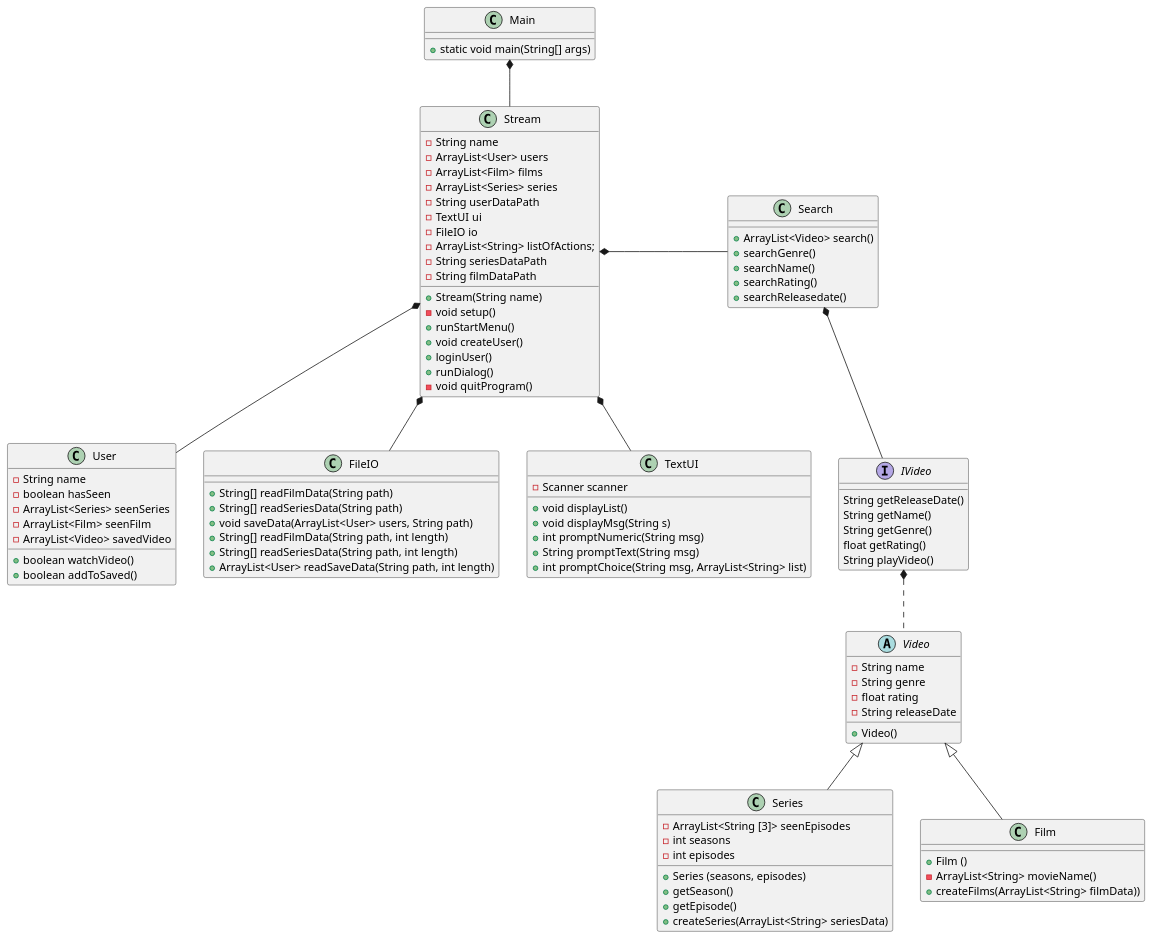
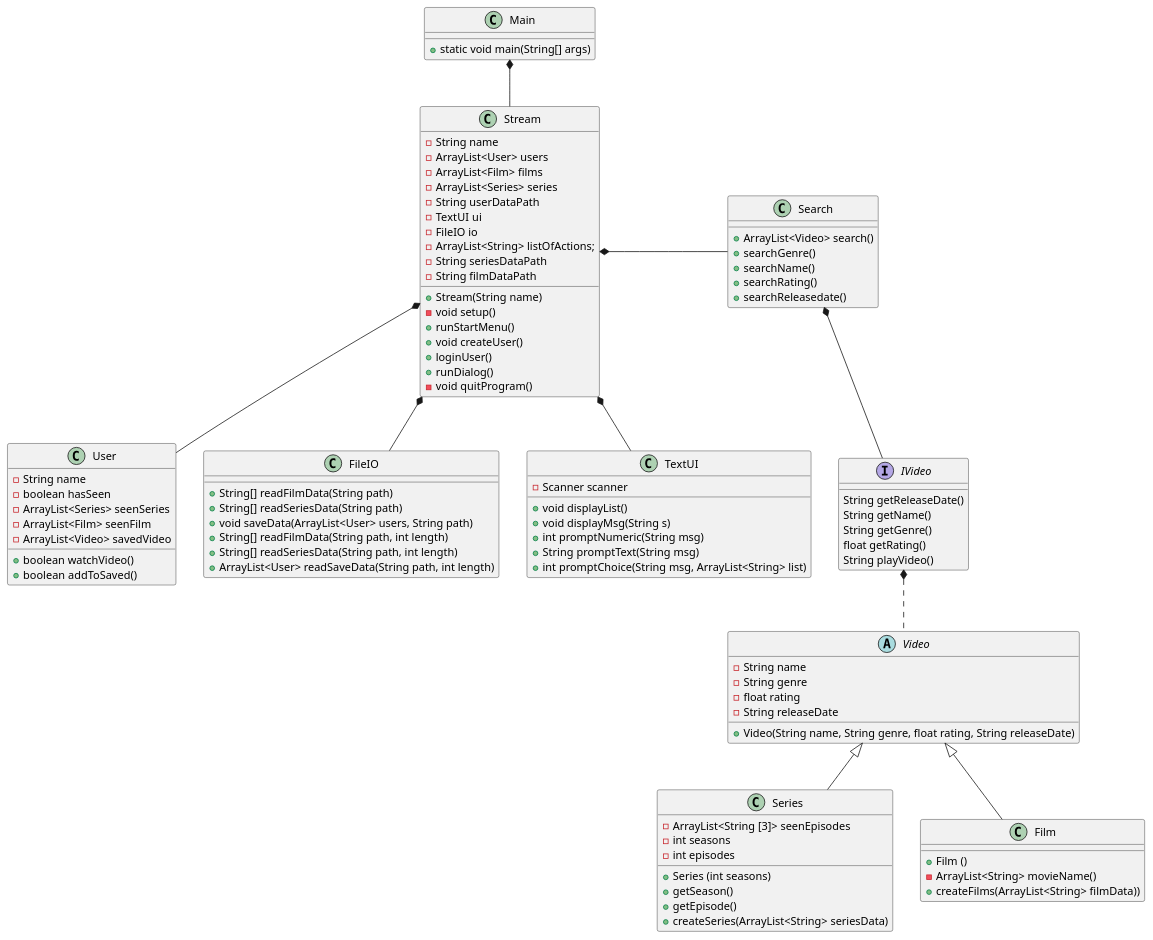
The diagram in doc/Plan/static/classdiagram.puml (Gervig/SP3-Gruppe-C), drawn with PlantUML before and after one commit. The commit also changed 5 other files, not shown here.

```diff
--- a/doc/Plan/static/classdiagram.puml
+++ b/doc/Plan/static/classdiagram.puml
@@ -1,126 +1,126 @@
 @startuml
 'https://plantuml.com/class-diagram
 
 class Main{
 + static void main(String[] args)
 }
 
 class Stream{
 - String name
 'utilities
 - ArrayList<User> users
 - ArrayList<Film> films
 - ArrayList<Series> series
 - String userDataPath
 - TextUI ui
 - FileIO io
 - ArrayList<String> listOfActions;
 - String seriesDataPath
 - String filmDataPath
 'constructor
 + Stream(String name)
 'methods
 - void setup()
 ' setup er til er at læse data
 + runStartMenu()
 + void createUser()
 ' skal createUser være void? Det er den i matador
 ' createUser skal vel checke om der er andre med det brugernavn
 + loginUser()
 ' skal loginUser være void?
 ' den skal vel checke om der er en user med det username og tjekke om loginnet er korrekt
 + runDialog()
 ' i runDialog kan man vælge at søge
 - void quitProgram()
 }
 
 
 class User{
 - String name
 - boolean hasSeen
 - ArrayList<Series> seenSeries
 - ArrayList<Film> seenFilm
 - ArrayList<Video> savedVideo
 + boolean watchVideo()
 + boolean addToSaved()
 }
 
 class FileIO{
 + String[] readFilmData(String path)
 + String[] readSeriesData(String path)
 + void saveData(ArrayList<User> users, String path)
 + String[] readFilmData(String path, int length)
 + String[] readSeriesData(String path, int length)
 + ArrayList<User> readSaveData(String path, int length)
 }
 
 class TextUI{
 - Scanner scanner
 + void displayList()
 + void displayMsg(String s)
 + int promptNumeric(String msg)
 + String promptText(String msg)
 + int promptChoice(String msg, ArrayList<String> list)
 }
 
 interface IVideo {
 String getReleaseDate()
 String getName()
 String getGenre()
 float getRating()
 String playVideo()
 }
 
 abstract Class Video{
 - String name
 - String genre
 - float rating
 - String releaseDate
 'constructor
-+ Video()
++ Video(String name, String genre, float rating, String releaseDate)
 }
 
 class Series{
 'brug evt. et map
 - ArrayList<String [3]> seenEpisodes
 - int seasons
 - int episodes
-+ Series (seasons, episodes)
++ Series (int seasons)
 + getSeason()
 + getEpisode()
 + createSeries(ArrayList<String> seriesData)
 }
 
 class Film {
 'constructor
 + Film ()
 - ArrayList<String> movieName()
 + createFilms(ArrayList<String> filmData))
 }
 
 
 class Search{
 + ArrayList<Video> search()
 'methods til de forskellige søgemuligheder
 ' Skal disse returnere objekterne fra video?
 + searchGenre()
 + searchName()
 + searchRating()
 + searchReleasedate()
 'skal vi have funktioner der kun søger blandt serier og film adskilt?
 }
 
 IVideo *.. Video
 
 Video <|-- Series
 Video <|-- Film
 
 Main *-- Stream
 
 Stream *-- User
 Stream *-- FileIO
 Stream *-- TextUI
 Search *-- IVideo
 Stream *- Search
 
 @enduml
```
